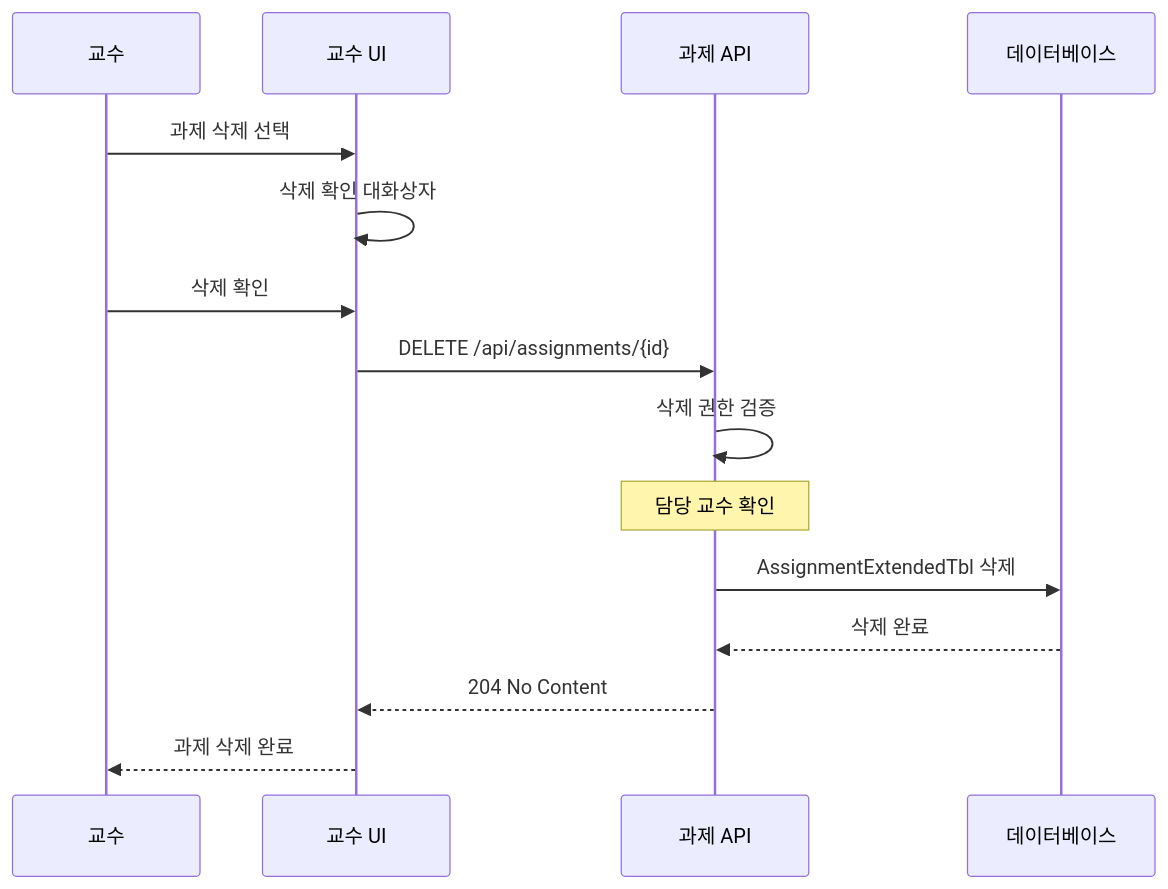
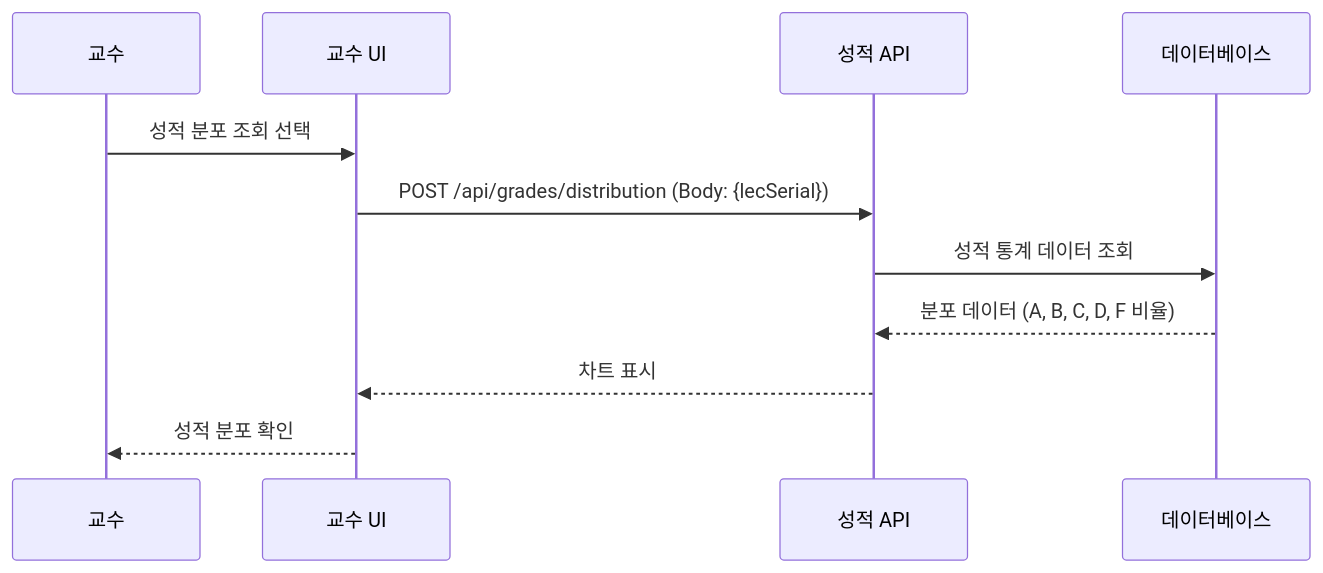
The ninth of 9 diagrams in backend/BlueCrab/docs/강의관련기능/05-교수플로우.md (hooting76/blue-crab-lms), drawn with Mermaid before and after one commit. The commit also changed other lines of this file and 19 other files, not shown here.

````diff
--- a/backend/BlueCrab/docs/강의관련기능/05-교수플로우.md
+++ b/backend/BlueCrab/docs/강의관련기능/05-교수플로우.md
@@ -1193,21 +381,14 @@
 ```mermaid
 sequenceDiagram
     participant Professor as 교수
     participant UI as 교수 UI
-    participant API as 과제 API
+    participant API as 성적 API
     participant DB as 데이터베이스
 
-    Professor->>UI: 과제 삭제 선택
-    UI->>UI: 삭제 확인 대화상자
-    Professor->>UI: 삭제 확인
-
-    UI->>API: DELETE /api/assignments/{id}
-    API->>API: 삭제 권한 검증
-    Note over API: 담당 교수 확인
-
-    API->>DB: AssignmentExtendedTbl 삭제
-    DB-->>API: 삭제 완료
-
-    API-->>UI: 204 No Content
-    UI-->>Professor: 과제 삭제 완료
+    Professor->>UI: 성적 분포 조회 선택
+    UI->>API: POST /api/grades/distribution (Body: {lecSerial})
+    API->>DB: 성적 통계 데이터 조회
+    DB-->>API: 분포 데이터 (A, B, C, D, F 비율)
+    API-->>UI: 차트 표시
+    UI-->>Professor: 성적 분포 확인
 ```
````
